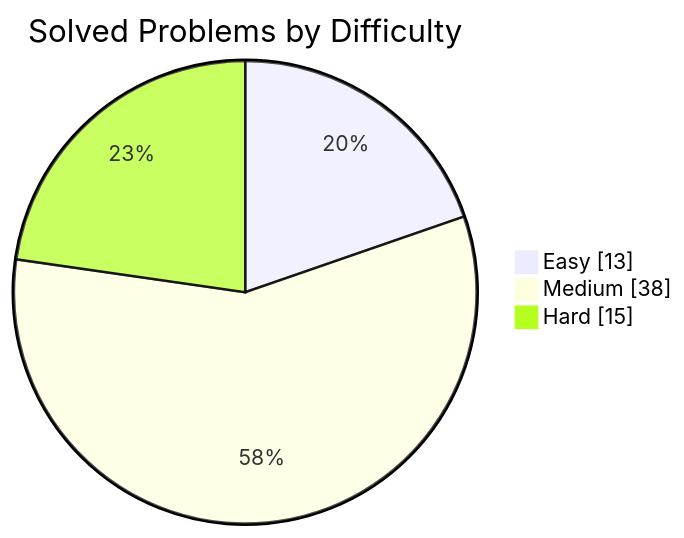
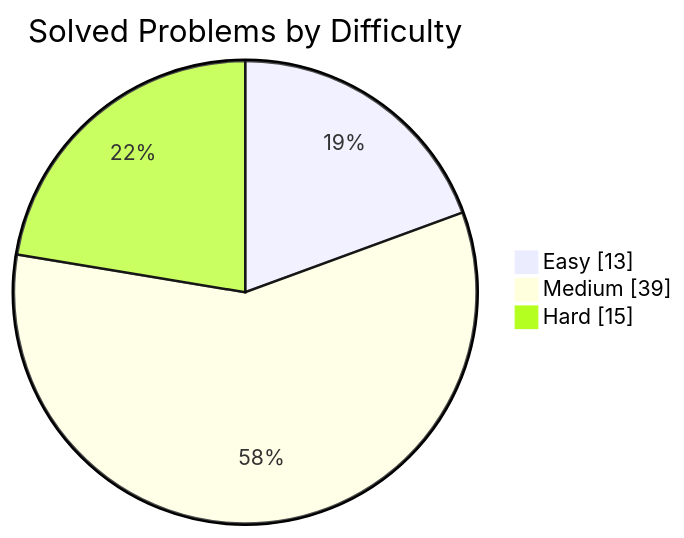
Before and after one commit to manikantbindass/DSA-Preparation-FAANG: the first of 2 diagrams in README.md, drawn with Mermaid. The commit also changed other lines of this file and 3 other files, not shown here.

````diff
--- a/README.md
+++ b/README.md
@@ -38,7 +38,7 @@
 ```mermaid
 pie showData
     title Solved Problems by Difficulty
     "Easy" : 13
-    "Medium" : 38
+    "Medium" : 39
     "Hard" : 15
 ```
````
